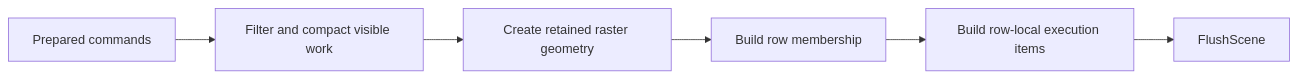
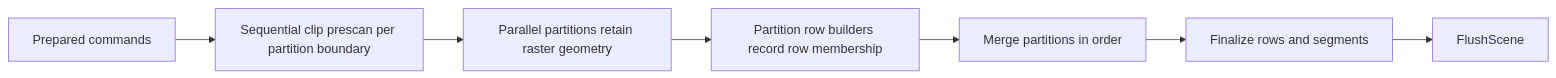
One commit to SixLabors/ImageSharp.Drawing changed the second of 4 diagrams in src/ImageSharp.Drawing/Processing/Backends/DEFAULT_DRAWING_BACKEND.md. Above: the diagram before and after it, drawn with Mermaid. The commit also changed other lines of this file and 102 other files, not shown here.

````diff
--- a/src/ImageSharp.Drawing/Processing/Backends/DEFAULT_DRAWING_BACKEND.md
+++ b/src/ImageSharp.Drawing/Processing/Backends/DEFAULT_DRAWING_BACKEND.md
@@ -196,8 +202,9 @@
 ```mermaid
 flowchart LR
-    A[Prepared commands] --> B[Filter and compact visible work]
-    B --> C[Create retained raster geometry]
-    C --> D[Build row membership]
-    D --> E[Build row-local execution items]
-    E --> F[FlushScene]
+    A[Prepared commands] --> B[Sequential clip prescan per partition boundary]
+    B --> C[Parallel partitions retain raster geometry]
+    C --> D[Partition row builders record row membership]
+    D --> E[Merge partitions in order]
+    E --> F[Finalize rows and segments]
+    F --> G[FlushScene]
 ```
````
